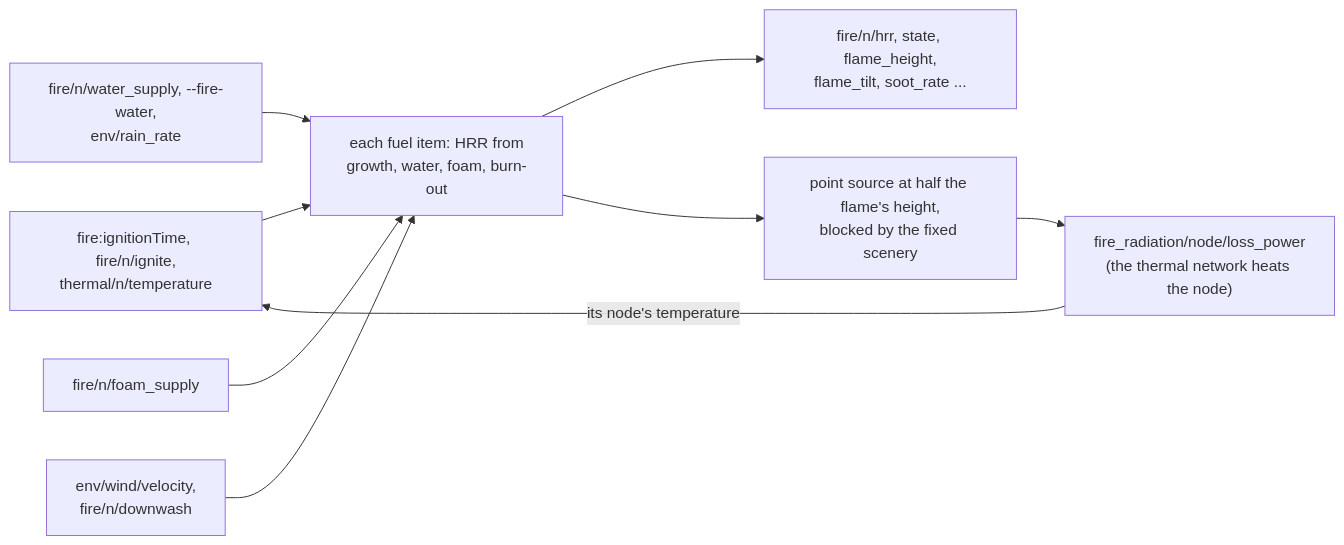
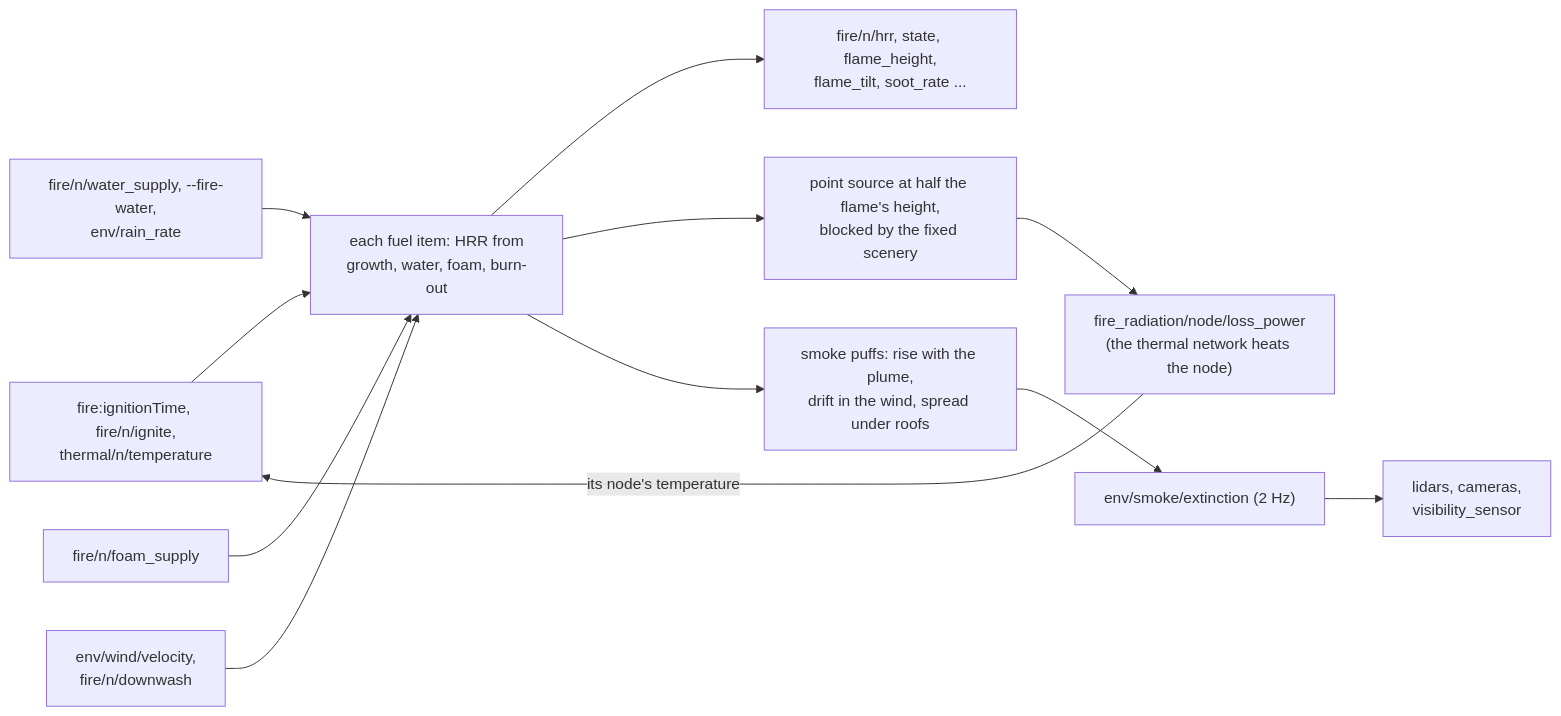
The diagram in docs/physics/fire.md (Open-Physical-Systems/Lagrange), drawn with Mermaid before and after one commit. The commit also changed other lines of this file and 26 other files, not shown here.

Commit message:
feat(mod/fire): smoke that lidars, cameras and the visibility sensor see (RFC 0022 step 4) (#439)

````diff
--- a/docs/physics/fire.md
+++ b/docs/physics/fire.md
@@ -9,11 +9,14 @@
 ```mermaid
 flowchart LR
     IGN["fire:ignitionTime, fire/n/ignite,<br/>thermal/n/temperature"] --> B
     WATER["fire/n/water_supply, --fire-water,<br/>env/rain_rate"] --> B
     FOAM["fire/n/foam_supply"] --> B
     WIND["env/wind/velocity,<br/>fire/n/downwash"] --> B
     B["each fuel item: HRR from<br/>growth, water, foam, burn-out"] --> OUT["fire/n/hrr, state, flame_height,<br/>flame_tilt, soot_rate ..."]
     B --> R["point source at half the flame's height,<br/>blocked by the fixed scenery"]
     R --> T["fire_radiation/node/loss_power<br/>(the thermal network heats the node)"]
     T -->|"its node's temperature"| IGN
+    B --> S["smoke puffs: rise with the plume,<br/>drift in the wind, spread under roofs"]
+    S --> F["env/smoke/extinction (2 Hz)"]
+    F --> SEN["lidars, cameras,<br/>visibility_sensor"]
 ```
````
